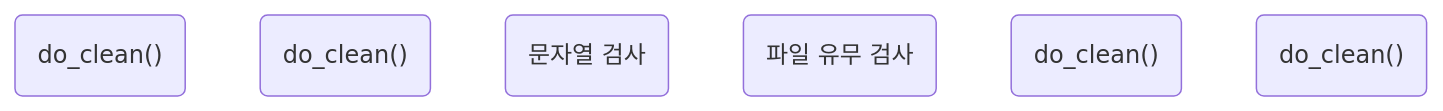
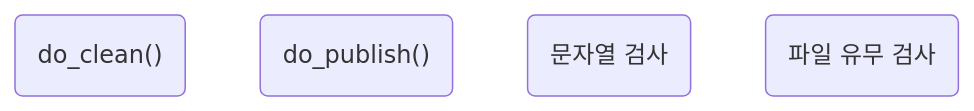
The diagram in tester/테스트시나리오.md (logicfeel/AutoTemplate), drawn with Mermaid before and after one commit. The commit also changed other lines of this file and 1 other file, not shown here.

Commit message:
테스터 제작중

````diff
--- a/tester/테스트시나리오.md
+++ b/tester/테스트시나리오.md
@@ -3,10 +3,8 @@
 ```mermaid
 graph TD
 A("do_clean()")
-B("do_clean()")
+B("do_publish()")
 C("문자열 검사")
 D("파일 유무 검사")
-E("do_clean()")
-F("do_clean()")
 
 ```
````
